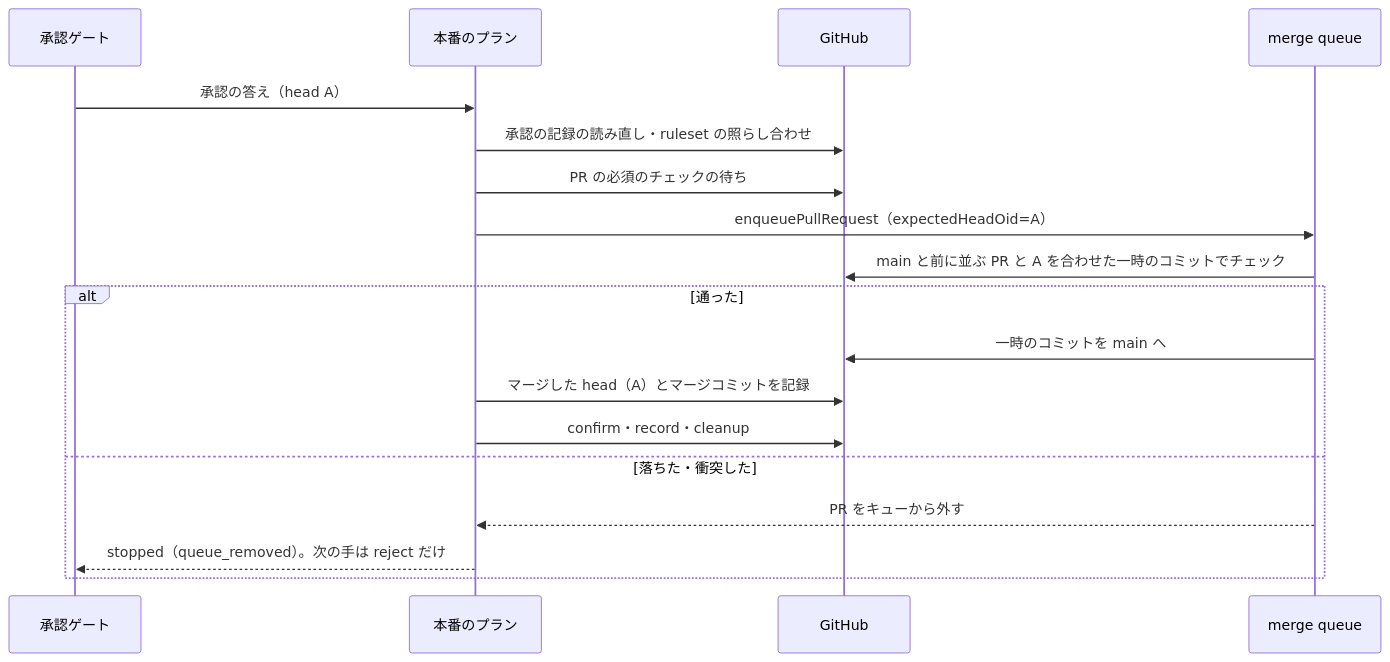
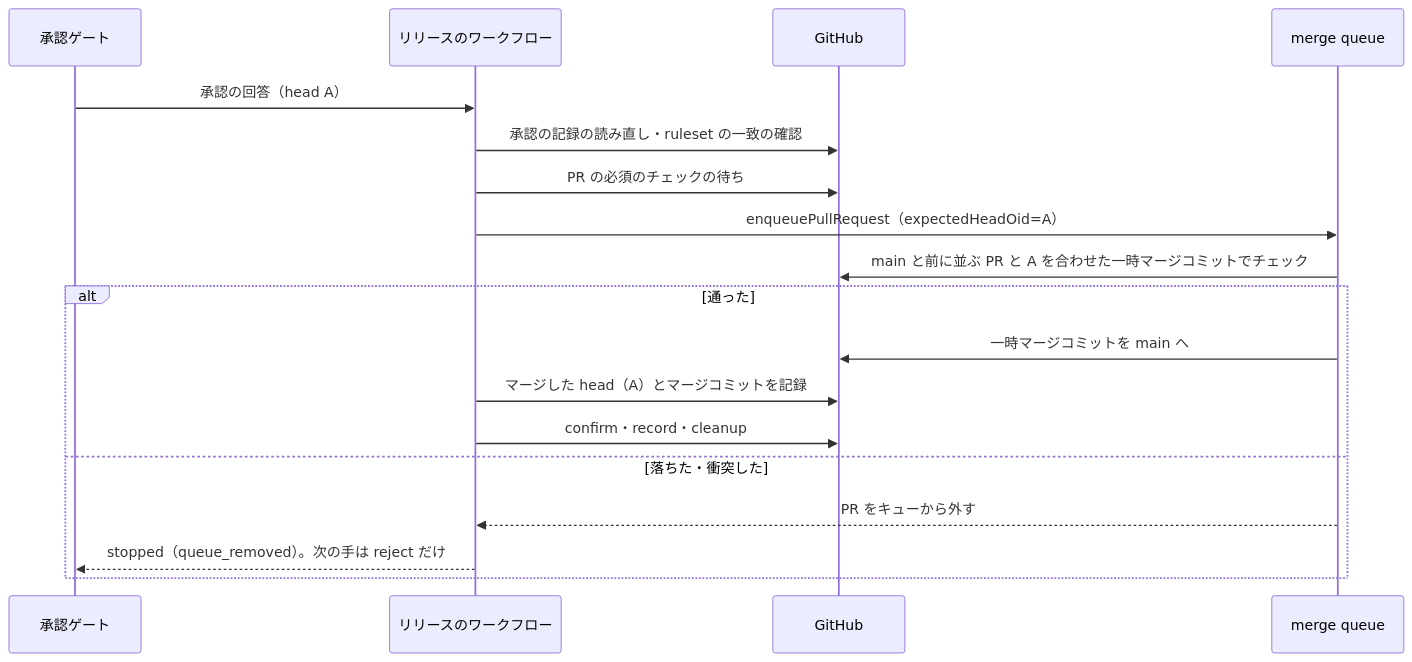
One commit to devbasex/ai-plugins changed the second of 4 diagrams in issues/issue-3572-design.md. Above: the diagram before and after it, drawn with Mermaid. The commit also changed other lines of this file and 8 other files, not shown here.

````diff
--- a/issues/issue-3572-design.md
+++ b/issues/issue-3572-design.md
@@ -496,20 +496,20 @@
 ```mermaid
 sequenceDiagram
     participant G as 承認ゲート
-    participant P as 本番のプラン
+    participant P as リリースのワークフロー
     participant H as GitHub
     participant Q as merge queue
-    G->>P: 承認の答え（head A）
-    P->>H: 承認の記録の読み直し・ruleset の照らし合わせ
+    G->>P: 承認の回答（head A）
+    P->>H: 承認の記録の読み直し・ruleset の一致の確認
     P->>H: PR の必須のチェックの待ち
     P->>Q: enqueuePullRequest（expectedHeadOid=A）
-    Q->>H: main と前に並ぶ PR と A を合わせた一時のコミットでチェック
+    Q->>H: main と前に並ぶ PR と A を合わせた一時マージコミットでチェック
     alt 通った
-        Q->>H: 一時のコミットを main へ
+        Q->>H: 一時マージコミットを main へ
         P->>H: マージした head（A）とマージコミットを記録
         P->>H: confirm・record・cleanup
     else 落ちた・衝突した
         Q-->>P: PR をキューから外す
         P-->>G: stopped（queue_removed）。次の手は reject だけ
     end
 ```
````
